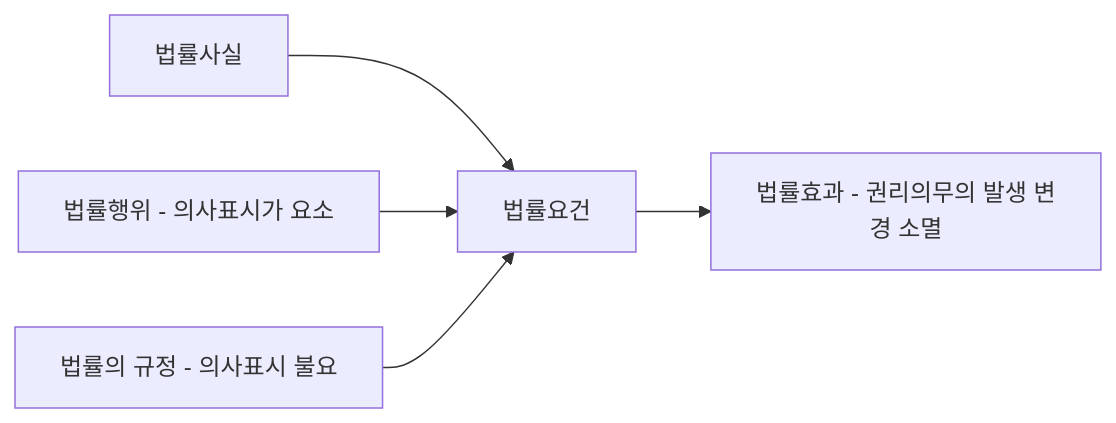
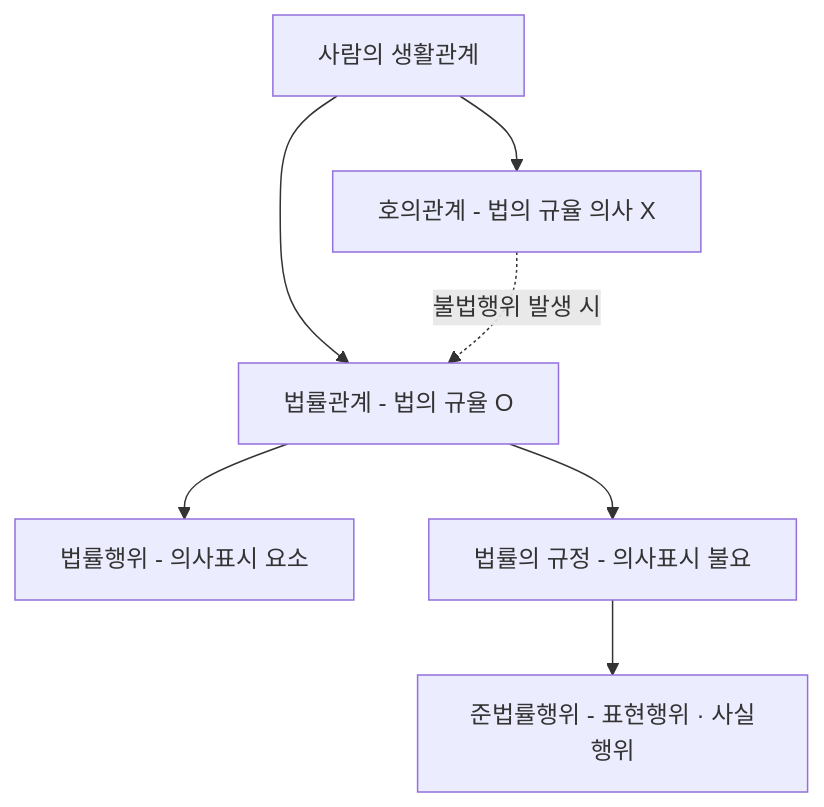
One commit to jihorag/- changed the fourth of 7 diagrams in viewer/public/data/study/civil/units/M01.md. Above: the diagram before and after it, drawn with Mermaid. The commit also changed other lines of this file and 6 other files, not shown here.

````diff
--- a/viewer/public/data/study/civil/units/M01.md
+++ b/viewer/public/data/study/civil/units/M01.md
@@ -1209,7 +2612,9 @@
 ```mermaid
-graph LR
-  A[법률사실] --> B[법률요건]
-  B --> C[법률효과 - 권리의무의 발생 변경 소멸]
-  D[법률행위 - 의사표시가 요소] --> B
-  E[법률의 규정 - 의사표시 불요] --> B
+graph TD
+  A[사람의 생활관계] --> B[법률관계 - 법의 규율 O]
+  A --> C[호의관계 - 법의 규율 의사 X]
+  B --> D[법률행위 - 의사표시 요소]
+  B --> E[법률의 규정 - 의사표시 불요]
+  E --> F[준법률행위 - 표현행위 · 사실행위]
+  C -. 불법행위 발생 시 .-> B
 ```
````
